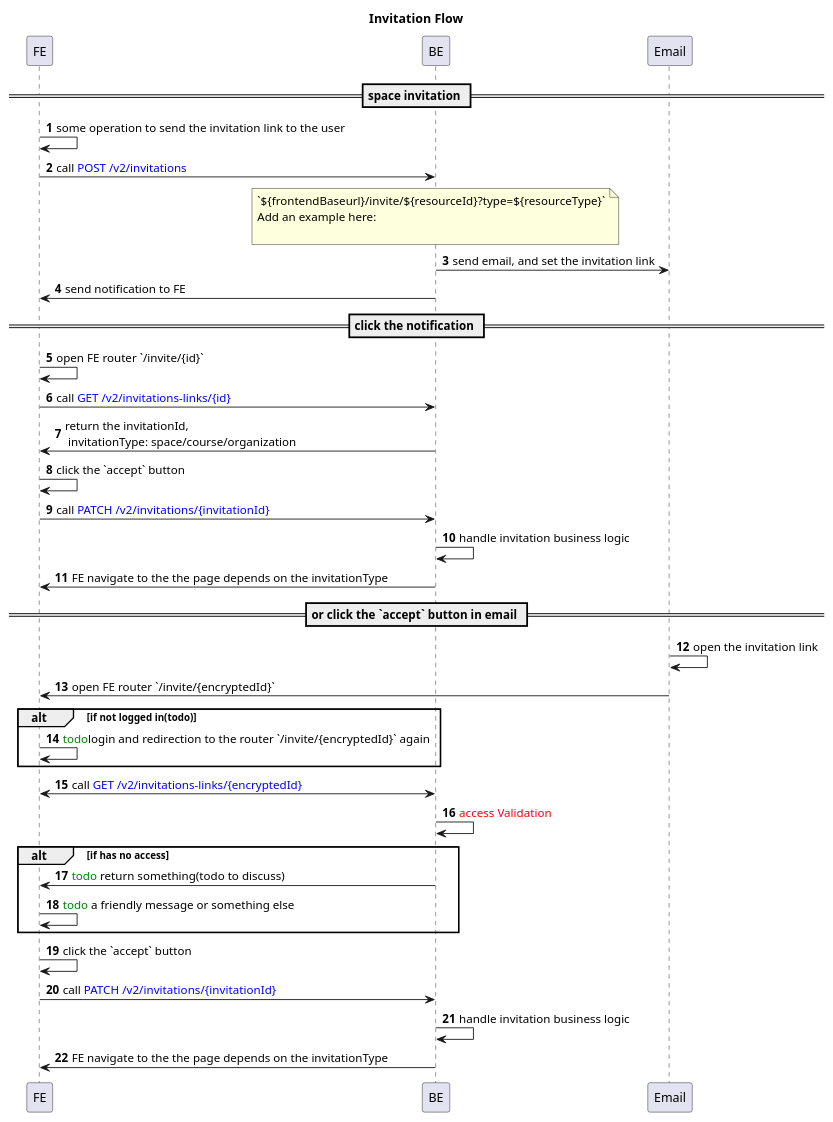
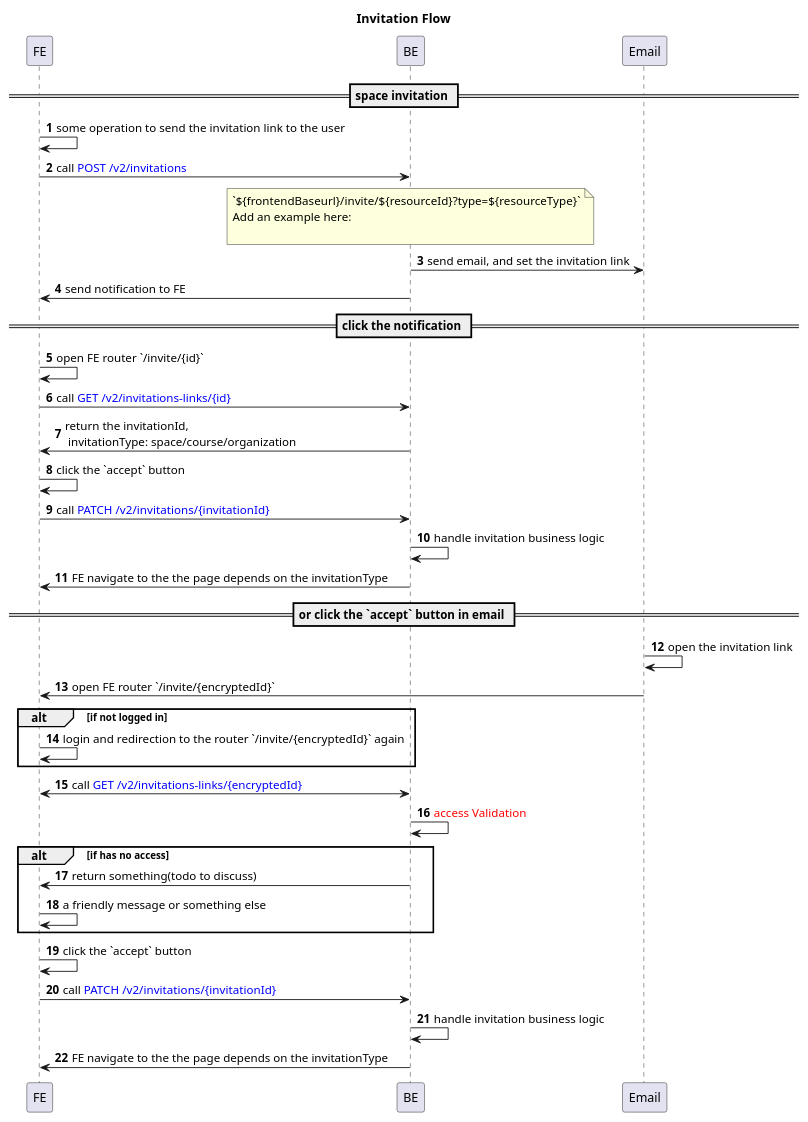
One commit to chase-si/umlDesigns changed the diagram in src/aladia/aladia-invitation-link.wsd. Above: the diagram before and after it, drawn with PlantUML. The commit also changed 7 other files, not shown here.

Commit message:
[feat] add access token management and UTM parameters tracking flows

```diff
--- a/src/aladia/aladia-invitation-link.wsd
+++ b/src/aladia/aladia-invitation-link.wsd
@@ -1,47 +1,47 @@
 @startuml
 title "Invitation Flow"
 
 participant FE
 participant BE
 participant Email
 
 == space invitation ==
 autonumber
 FE -> FE: some operation to send the invitation link to the user
 FE -> BE: call <color blue>POST /v2/invitations</color>
 
 note over BE
 `${frontendBaseurl}/invite/${resourceId}?type=${resourceType}`
 Add an example here:
 
 end note
 BE -> Email: send email, and set the invitation link
 BE -> FE: send notification to FE
 
 == click the notification ==
 FE -> FE: open FE router `/invite/{id}`
 FE -> BE: call <color blue>GET /v2/invitations-links/{id}</color>
 FE <- BE: return the invitationId, \n invitationType: space/course/organization
 FE -> FE: click the `accept` button
 FE -> BE: call <color blue>PATCH /v2/invitations/{invitationId}</color>
 BE -> BE: handle invitation business logic
 BE -> FE: FE navigate to the the page depends on the invitationType
 
 == or click the `accept` button in email ==
 Email -> Email: open the invitation link
 Email -> FE: open FE router `/invite/{encryptedId}`
-alt if not logged in(todo)
-  FE -> FE: <color green>todo</color>login and redirection to the router `/invite/{encryptedId}` again
+alt if not logged in
+  FE -> FE: login and redirection to the router `/invite/{encryptedId}` again
 end 
 FE <-> BE: call <color blue>GET /v2/invitations-links/{encryptedId}</color>
 BE -> BE: <color red>access Validation</color>
 alt if has no access
-FE <- BE: <color green>todo</color> return something(todo to discuss)
-FE -> FE: <color green>todo</color> a friendly message or something else
+FE <- BE: return something(todo to discuss)
+FE -> FE: a friendly message or something else
 end
 FE -> FE: click the `accept` button
 FE -> BE: call <color blue>PATCH /v2/invitations/{invitationId}</color> 
 BE -> BE: handle invitation business logic
 BE -> FE: FE navigate to the the page depends on the invitationType
 
 @enduml
```
